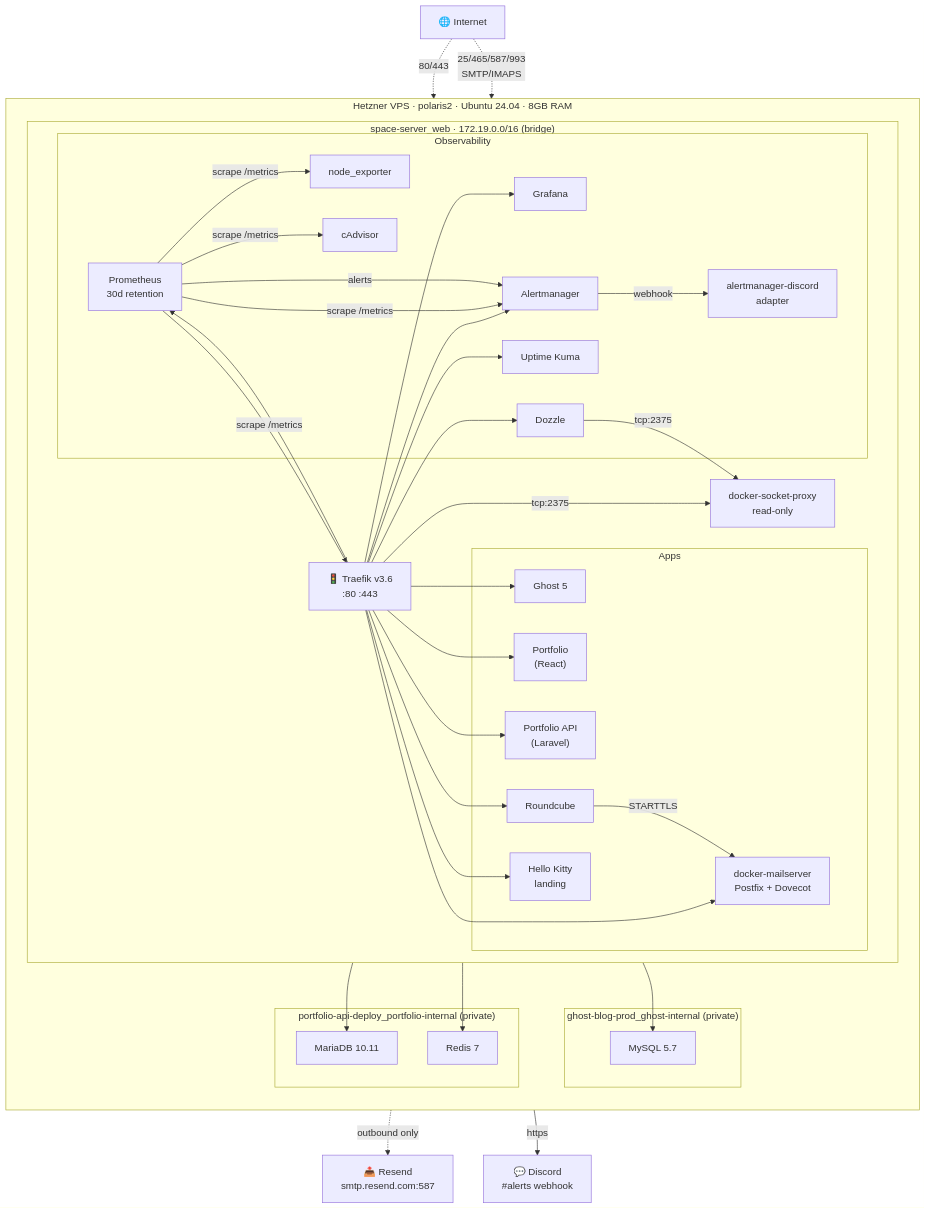
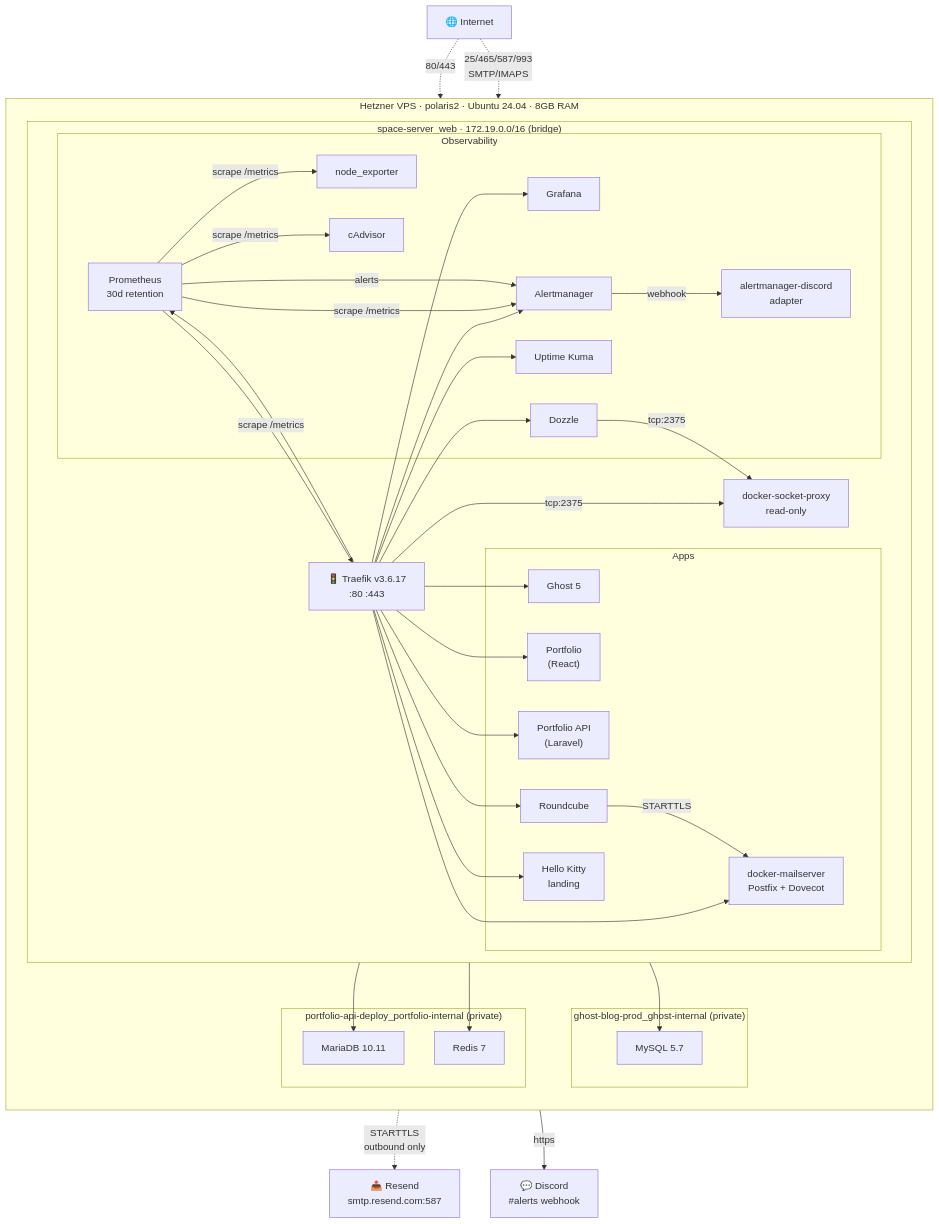
The diagram in ARCHITECTURE.md (cativo23/space-server), drawn with Mermaid before and after one commit. The commit also changed other lines of this file and 5 other files, not shown here.

````diff
--- a/ARCHITECTURE.md
+++ b/ARCHITECTURE.md
@@ -11,61 +11,61 @@
 ```mermaid
 graph TB
     Internet["🌐 Internet"]
     Resend["📤 Resend<br/>smtp.resend.com:587"]
     Discord["💬 Discord<br/>#alerts webhook"]
 
     subgraph polaris2["Hetzner VPS · polaris2 · Ubuntu 24.04 · 8GB RAM"]
         direction TB
 
         subgraph net_web["space-server_web · 172.19.0.0/16 (bridge)"]
             direction LR
-            Traefik["🚦 Traefik v3.6<br/>:80 :443"]
+            Traefik["🚦 Traefik v3.6.17<br/>:80 :443"]
             DProxy["docker-socket-proxy<br/>read-only"]
 
             subgraph apps["Apps"]
                 Ghost["Ghost 5"]
                 PFront["Portfolio<br/>(React)"]
                 PAPI["Portfolio API<br/>(Laravel)"]
                 Mail["docker-mailserver<br/>Postfix + Dovecot"]
                 Webmail["Roundcube"]
                 HKitty["Hello Kitty<br/>landing"]
             end
 
             subgraph obs["Observability"]
                 Prom["Prometheus<br/>30d retention"]
                 Node["node_exporter"]
                 CAdv["cAdvisor"]
                 AM["Alertmanager"]
                 AMD["alertmanager-discord<br/>adapter"]
                 Graf["Grafana"]
                 Kuma["Uptime Kuma"]
                 Doz["Dozzle"]
             end
         end
 
         subgraph net_ghost["ghost-blog-prod_ghost-internal (private)"]
             GhostDB["MySQL 5.7"]
         end
 
         subgraph net_port["portfolio-api-deploy_portfolio-internal (private)"]
             PMysql["MariaDB 10.11"]
             PRedis["Redis 7"]
         end
     end
 
     Internet -.->|"80/443"| Traefik
     Internet -.->|"25/465/587/993<br/>SMTP/IMAPS"| Mail
     Traefik -->|"tcp:2375"| DProxy
     Traefik --> Ghost & PFront & PAPI & Mail & Webmail & HKitty & Graf & Prom & AM & Kuma & Doz
     Ghost --> GhostDB
     PAPI --> PMysql
     PAPI --> PRedis
     Webmail -->|"STARTTLS"| Mail
-    Mail -.->|"outbound only"| Resend
+    Mail -.->|"STARTTLS<br/>outbound only"| Resend
 
     Prom -->|"scrape /metrics"| Node & CAdv & Traefik & AM
     Prom -->|"alerts"| AM
     AM -->|"webhook"| AMD
     AMD -->|"https"| Discord
     Doz -->|"tcp:2375"| DProxy
 ```
````
